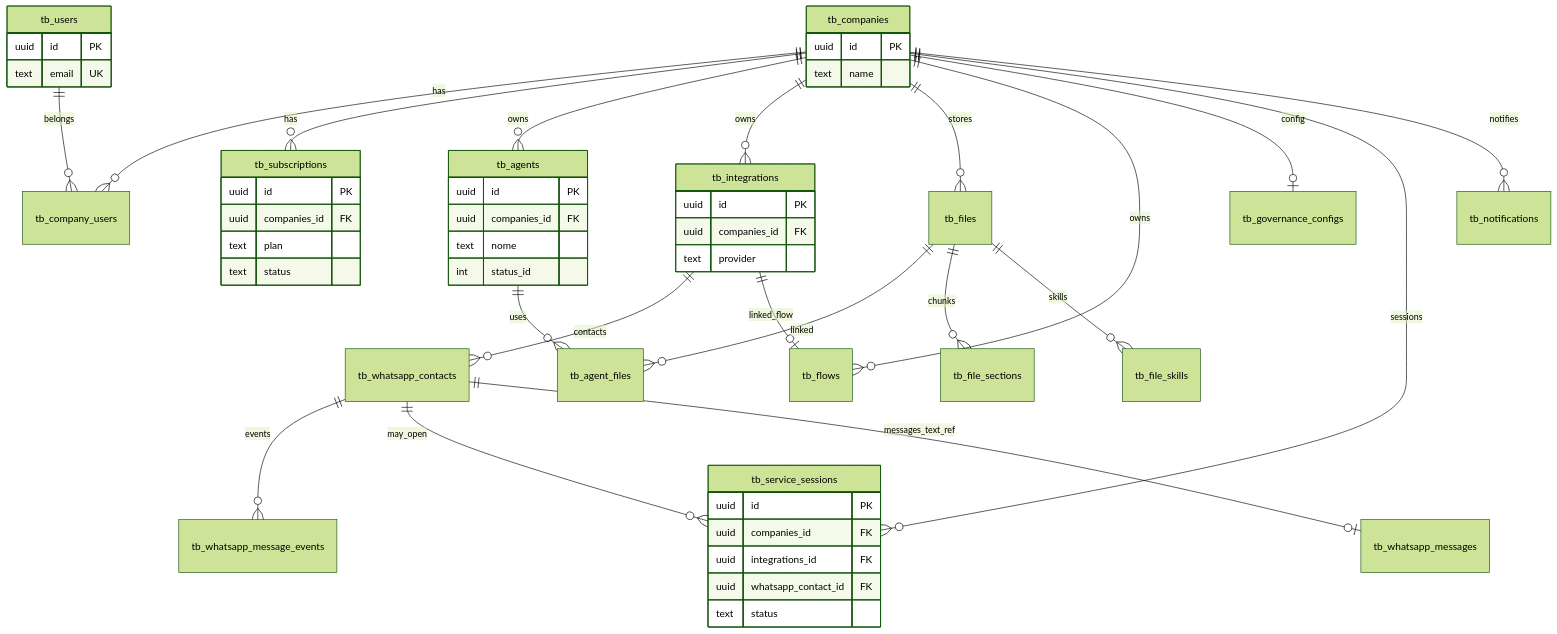
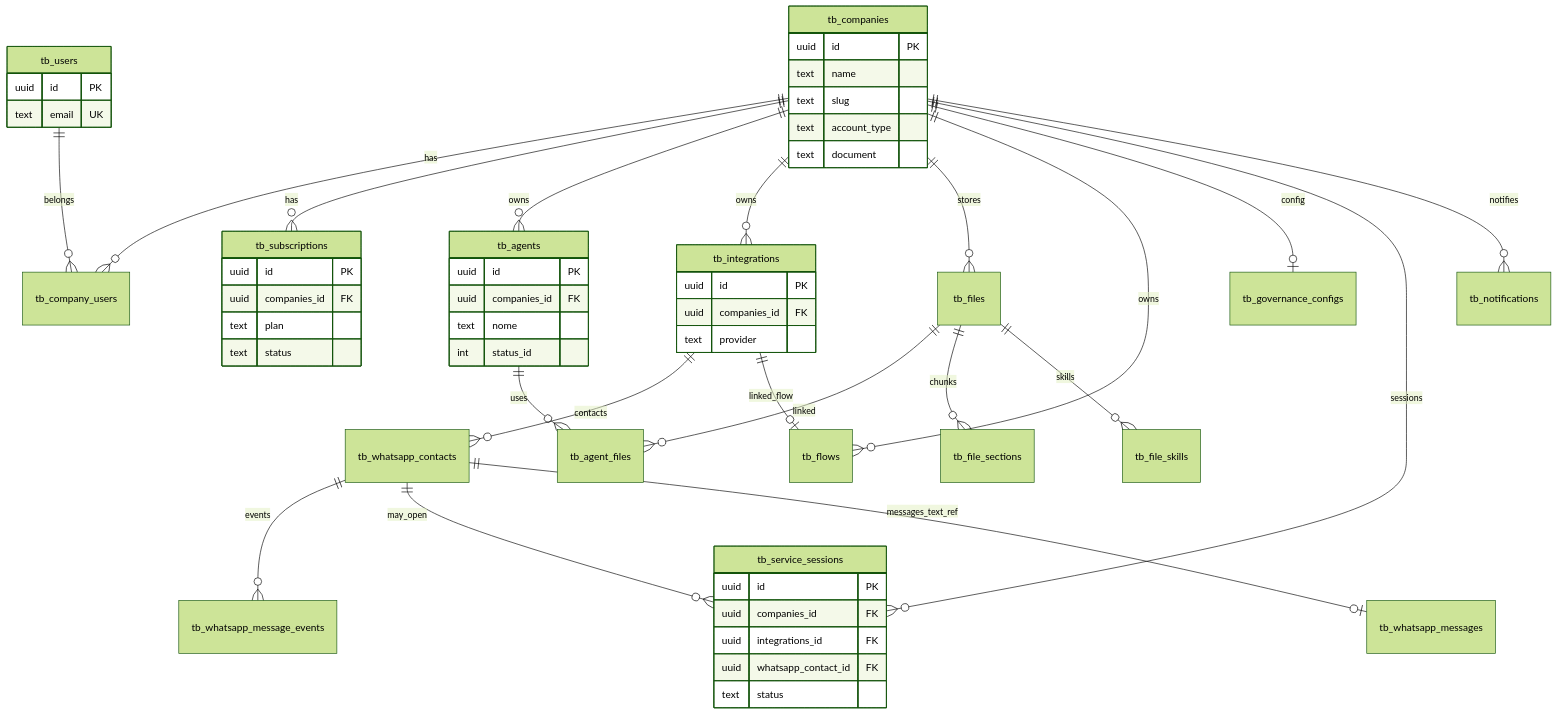
The second of 2 diagrams in BackEnd/database/SUPABASE_SCHEMA_REFERENCE.md (onsmart/Plataforma-Sonia), drawn with Mermaid (forest theme) before and after one commit. The commit also changed other lines of this file and 11 other files, not shown here.

````diff
--- a/BackEnd/database/SUPABASE_SCHEMA_REFERENCE.md
+++ b/BackEnd/database/SUPABASE_SCHEMA_REFERENCE.md
@@ -43,57 +43,60 @@
 ```mermaid
 erDiagram
   tb_companies ||--o{ tb_company_users : has
   tb_users ||--o{ tb_company_users : belongs
   tb_companies ||--o{ tb_subscriptions : has
   tb_companies ||--o{ tb_agents : owns
   tb_companies ||--o{ tb_integrations : owns
   tb_companies ||--o{ tb_files : stores
   tb_companies ||--o{ tb_flows : owns
   tb_companies ||--o| tb_governance_configs : config
   tb_companies ||--o{ tb_service_sessions : sessions
   tb_companies ||--o{ tb_notifications : notifies
 
   tb_agents ||--o{ tb_agent_files : uses
   tb_files ||--o{ tb_agent_files : linked
   tb_files ||--o{ tb_file_sections : chunks
   tb_files ||--o{ tb_file_skills : skills
 
   tb_integrations ||--o{ tb_whatsapp_contacts : contacts
   tb_integrations ||--o| tb_flows : linked_flow
   tb_whatsapp_contacts ||--o{ tb_whatsapp_message_events : events
   tb_whatsapp_contacts ||--o{ tb_service_sessions : may_open
   tb_whatsapp_contacts ||--o| tb_whatsapp_messages : messages_text_ref
 
   tb_companies {
     uuid id PK
     text name
+    text slug
+    text account_type
+    text document
   }
   tb_users {
     uuid id PK
     text email UK
   }
   tb_subscriptions {
     uuid id PK
     uuid companies_id FK
     text plan
     text status
   }
   tb_agents {
     uuid id PK
     uuid companies_id FK
     text nome
     int status_id
   }
   tb_integrations {
     uuid id PK
     uuid companies_id FK
     text provider
   }
   tb_service_sessions {
     uuid id PK
     uuid companies_id FK
     uuid integrations_id FK
     uuid whatsapp_contact_id FK
     text status
   }
 ```
````
